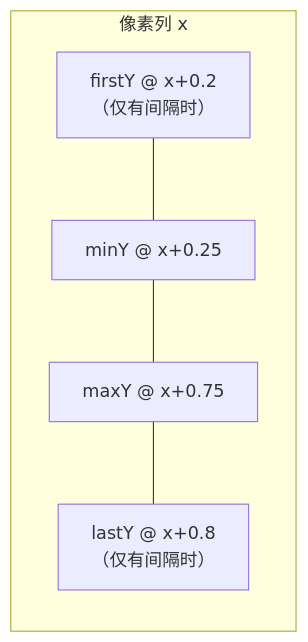
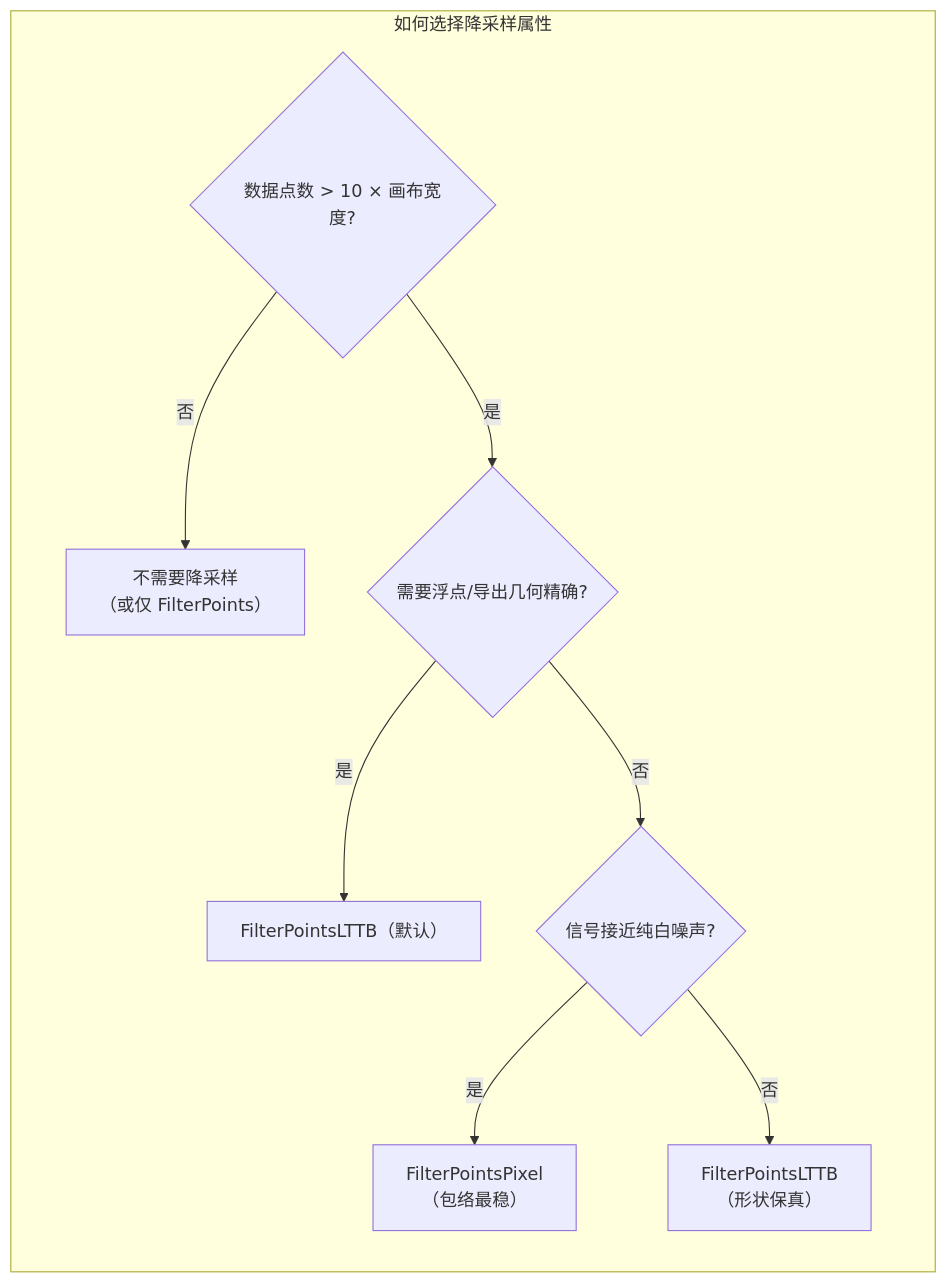
Before and after one commit to czyt1988/QWT: the third of 3 diagrams in docs/zh/use-guide/curve-downsampling.md, drawn with Mermaid. The commit also changed other lines of this file and 20 other files, not shown here.

````diff
--- a/docs/zh/use-guide/curve-downsampling.md
+++ b/docs/zh/use-guide/curve-downsampling.md
@@ -191,8 +462,11 @@
 ```mermaid
 flowchart LR
-    subgraph col["像素列 x"]
-        A["firstY @ x+0.2<br/>（仅有间隔时）"] --- B["minY @ x+0.25"]
-        B --- C["maxY @ x+0.75"]
-        C --- D["lastY @ x+0.8<br/>（仅有间隔时）"]
+    subgraph 决策["如何选择降采样属性"]
+        A{"数据点数 > 10 × 画布宽度?"} -->|"否"| B["不需要降采样<br/>（或仅 FilterPoints）"]
+        A -->|"是"| C{"需要浮点/导出几何精确?"}
+        C -->|"是"| D["FilterPointsLTTB（默认）"]
+        C -->|"否"| E{"信号接近纯白噪声?"}
+        E -->|"是"| F["FilterPointsPixel<br/>（包络最稳）"]
+        E -->|"否"| G["FilterPointsLTTB<br/>（形状保真）"]
     end
 ```
````
